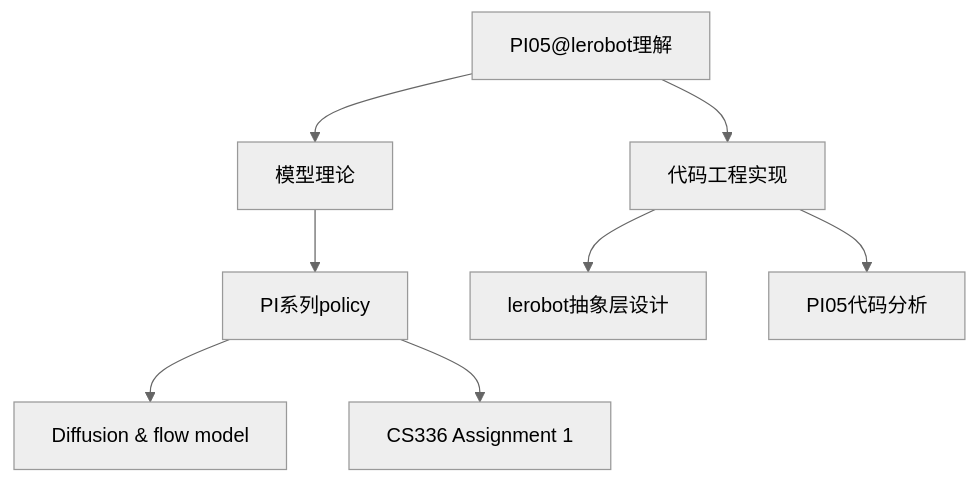
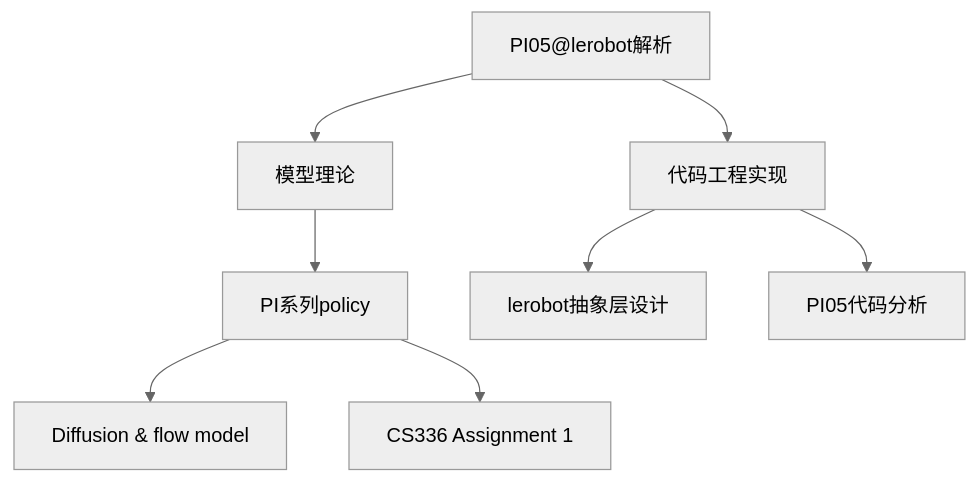
One commit to Timlin15/KnowlegeBase changed the diagram in 实践/双臂大模型/PI 系列 Policy.md. Above: the diagram before and after it, drawn with Mermaid (neutral theme). The commit also changed other lines of this file and 1 other file, not shown here.

````diff
--- a/实践/双臂大模型/PI 系列 Policy.md
+++ b/实践/双臂大模型/PI 系列 Policy.md
@@ -4,22 +4,22 @@
 ```mermaid
 flowchart TD
-    Root["PI05@lerobot理解"]
+    Root["PI05@lerobot解析"]
 
     Theory[模型理论]
     PI_Policy[PI系列policy]
     Diffusion["Diffusion & flow model"]
     CS336[CS336 Assignment 1]
 
     Engineering[代码工程实现]
     Abstract[lerobot抽象层设计]
     CodeAnalysis[PI05代码分析]
 
     Root --> Theory
     Theory --> PI_Policy
     PI_Policy --> Diffusion
     PI_Policy --> CS336
 
     Root --> Engineering
     Engineering --> Abstract
     Engineering --> CodeAnalysis
 ```
````
